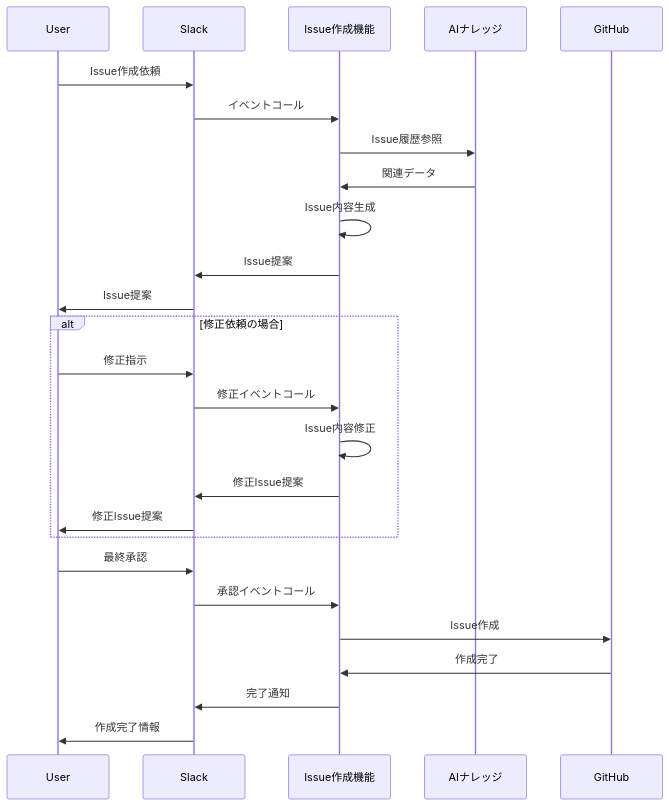
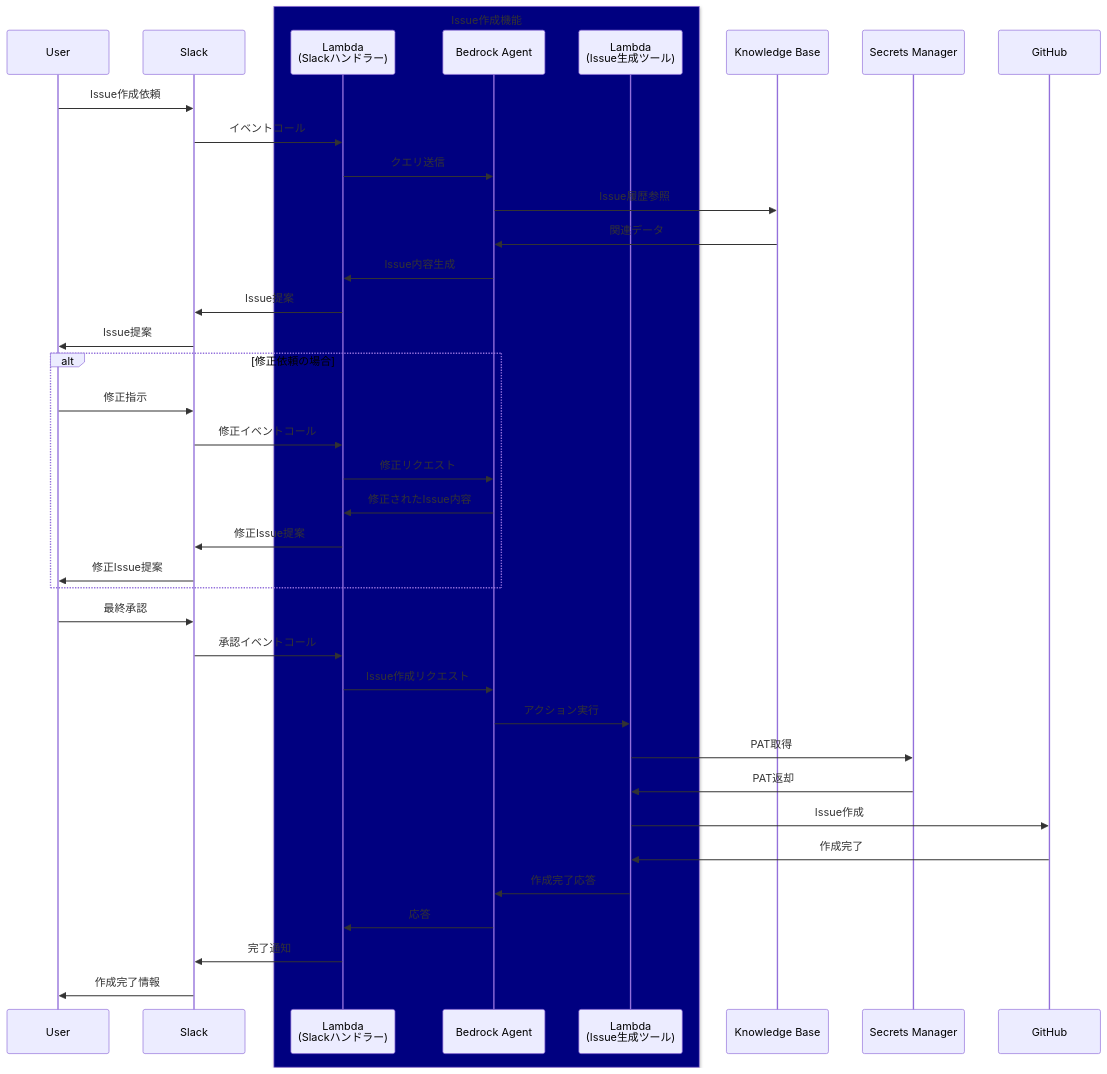
The third of 7 diagrams in DESIGN.md (nangashi/ai-test), drawn with Mermaid before and after one commit. The commit also changed other lines of this file, not shown here.

````diff
--- a/DESIGN.md
+++ b/DESIGN.md
@@ -83,31 +83,46 @@
 ```mermaid
 sequenceDiagram
     participant U as User
     participant S as Slack
-    participant IC as Issue作成機能
-    participant AN as AIナレッジ
+    
+    box navy Issue作成機能
+        participant SH as Lambda<br/>(Slackハンドラー)
+        participant BA as Bedrock Agent
+        participant IG as Lambda<br/>(Issue生成ツール)
+    end
+    
+    participant KB as Knowledge Base
+    participant SM as Secrets Manager
     participant GH as GitHub
 
     U->>S: Issue作成依頼
-    S->>IC: イベントコール
-    IC->>AN: Issue履歴参照
-    AN->>IC: 関連データ
-    IC->>IC: Issue内容生成
-    IC->>S: Issue提案
+    S->>SH: イベントコール
+    SH->>BA: クエリ送信
+    BA->>KB: Issue履歴参照
+    KB->>BA: 関連データ
+    BA->>SH: Issue内容生成
+    SH->>S: Issue提案
     S->>U: Issue提案
 
     alt 修正依頼の場合
         U->>S: 修正指示
-        S->>IC: 修正イベントコール
-        IC->>IC: Issue内容修正
-        IC->>S: 修正Issue提案
+        S->>SH: 修正イベントコール
+        SH->>BA: 修正リクエスト
+        BA->>SH: 修正されたIssue内容
+        SH->>S: 修正Issue提案
         S->>U: 修正Issue提案
     end
 
     U->>S: 最終承認
-    S->>IC: 承認イベントコール
-    IC->>GH: Issue作成
-    GH->>IC: 作成完了
-    IC->>S: 完了通知
+    S->>SH: 承認イベントコール
+    SH->>BA: Issue作成リクエスト
+    BA->>IG: アクション実行
+    IG->>SM: PAT取得
+    SM->>IG: PAT返却
+    IG->>GH: Issue作成
+    GH->>IG: 作成完了
+    IG->>BA: 作成完了応答
+    BA->>SH: 応答
+    SH->>S: 完了通知
     S->>U: 作成完了情報
 ```
````
